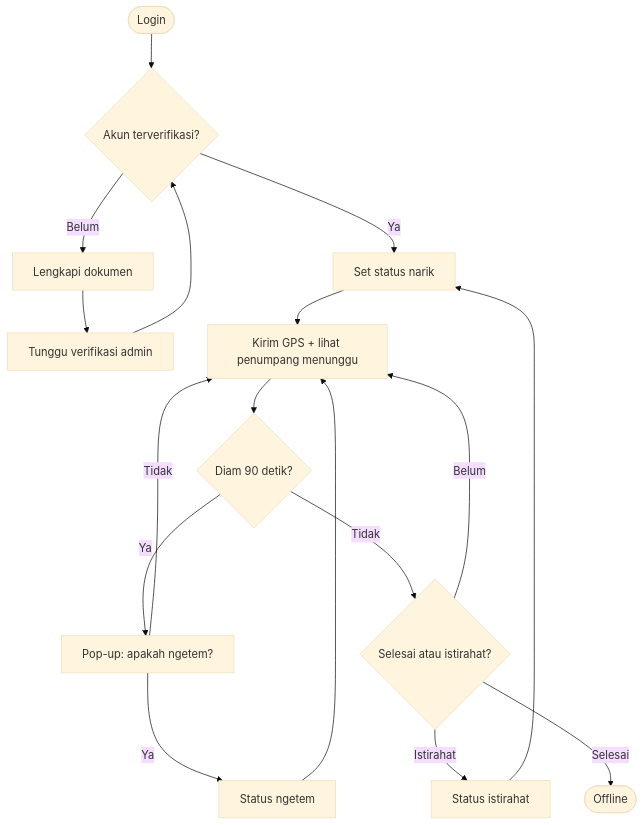
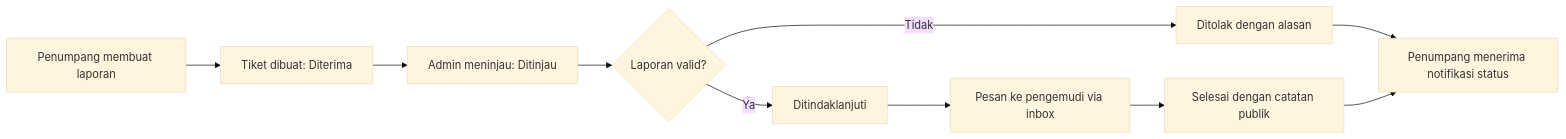
One commit to angkot-live/angkot-live changed the seventh of 12 diagrams in README.md. Above: the diagram before and after it, drawn with Mermaid (base theme). The commit also changed other lines of this file, not shown here.

````diff
--- a/README.md
+++ b/README.md
@@ -547,19 +674,12 @@
 ```mermaid
-flowchart TD
-    A(["Login"]) --> B{"Akun terverifikasi?"}
-    B -->|Belum| C["Lengkapi dokumen"]
-    C --> D["Tunggu verifikasi admin"]
-    D --> B
-    B -->|Ya| E["Set status narik"]
-    E --> F["Kirim GPS + lihat penumpang menunggu"]
-    F --> G{"Diam 90 detik?"}
-    G -->|Ya| H["Pop-up: apakah ngetem?"]
-    H -->|Ya| I["Status ngetem"]
-    I --> F
-    H -->|Tidak| F
-    G -->|Tidak| J{"Selesai atau istirahat?"}
-    J -->|Belum| F
-    J -->|Istirahat| K["Status istirahat"]
-    K --> E
-    J -->|Selesai| L(["Offline"])
+flowchart LR
+    A["Penumpang membuat laporan"] --> B["Tiket dibuat: Diterima"]
+    B --> C["Admin meninjau: Ditinjau"]
+    C --> D{"Laporan valid?"}
+    D -->|"Tidak"| E["Ditolak dengan alasan"]
+    D -->|"Ya"| F["Ditindaklanjuti"]
+    F --> G["Pesan ke pengemudi via inbox"]
+    G --> H["Selesai dengan catatan publik"]
+    E --> I["Penumpang menerima notifikasi status"]
+    H --> I
 ```
````
